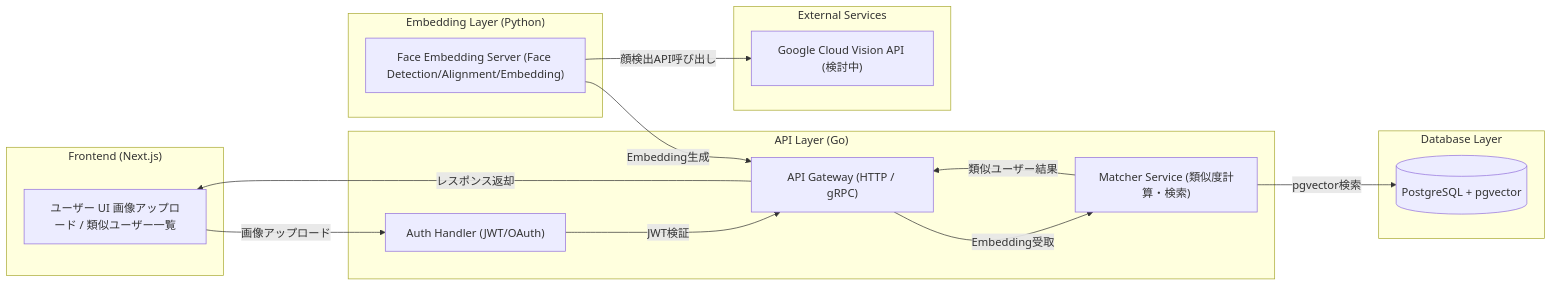
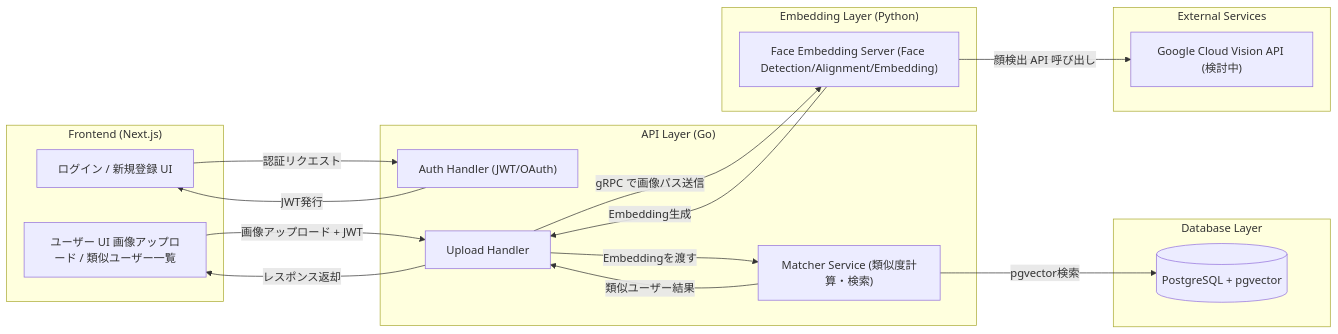
Before and after one commit to annyouu/Daburi-Zero: the diagram in README.md, drawn with Mermaid.

````diff
--- a/README.md
+++ b/README.md
@@ -18,42 +18,48 @@
 ```mermaid
 flowchart LR
 
 %% Frontend
 subgraph FE["Frontend (Next.js)"]
+    LOGIN["ログイン / 新規登録 UI"]
     UI["ユーザー UI 画像アップロード / 類似ユーザー一覧"]
 end
 
 %% Backend
 subgraph API_Layer["API Layer (Go)"]
     AUTH["Auth Handler (JWT/OAuth)"]
-    API["API Gateway (HTTP / gRPC)"]
+    UPLOAD["Upload Handler"]
     MATCH["Matcher Service (類似度計算・検索)"]
 end
 
 %% Embedding Server
 subgraph PY_Layer["Embedding Layer (Python)"]
     PY["Face Embedding Server (Face Detection/Alignment/Embedding)"]
 end
 
 %% Database
 subgraph DB_Layer["Database Layer"]
     DB[(PostgreSQL + pgvector)]
 end
 
 %% External
 subgraph EXT["External Services"]
     GCP["Google Cloud Vision API (検討中)"]
 end
 
-UI -->|画像アップロード| AUTH
-AUTH -->|JWT検証| API
+%% 認証フロー
+LOGIN -->|認証リクエスト| AUTH
+AUTH -->|JWT発行| LOGIN
 
-PY -->|Embedding生成| API
+%% 画像アップロードフロー
+UI -->|画像アップロード + JWT| UPLOAD
+UPLOAD -->|gRPC で画像パス送信| PY
+PY -->|Embedding生成| UPLOAD
 
-API -->|Embedding受取| MATCH
+UPLOAD -->|Embeddingを渡す| MATCH
 MATCH -->|pgvector検索| DB
-MATCH -->|類似ユーザー結果| API
-API -->|レスポンス返却| UI
+MATCH -->|類似ユーザー結果| UPLOAD
+UPLOAD -->|レスポンス返却| UI
 
-PY -->|顔検出API呼び出し| GCP
+%% 外部 API 呼び出し
+PY -->|顔検出 API 呼び出し| GCP
 ```
````
